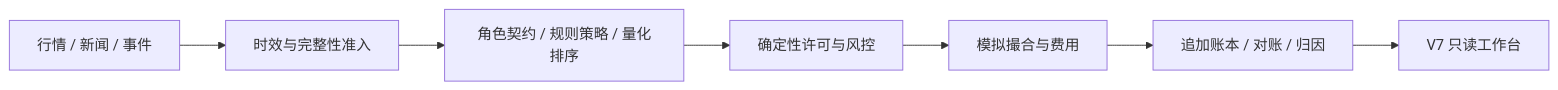
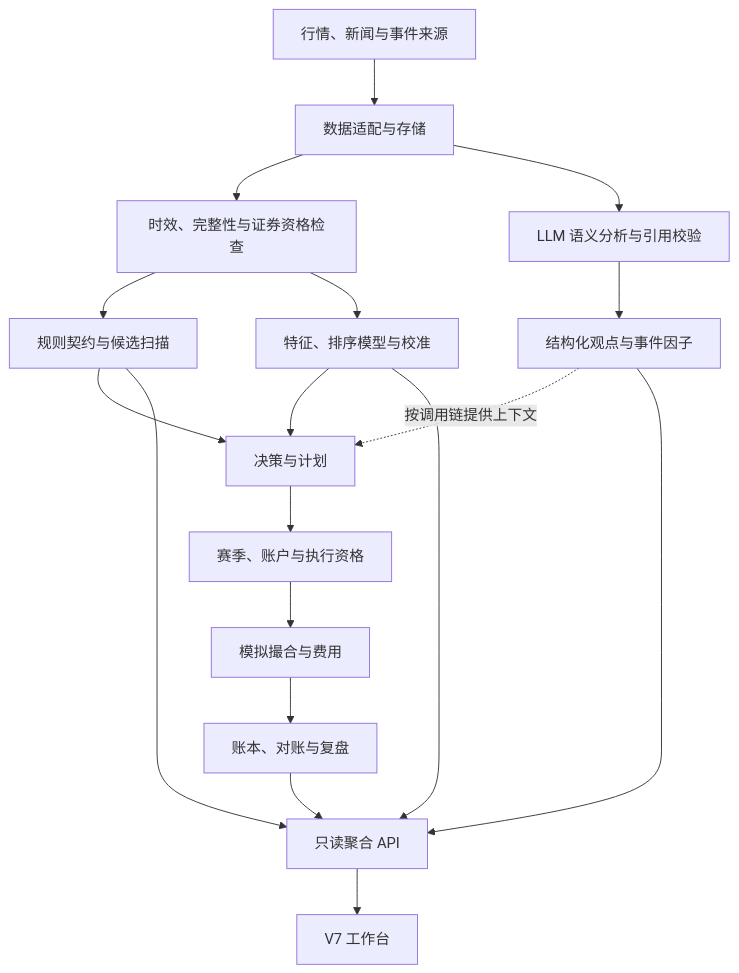
One commit to kostemeloo413-ux/v7-investment-workbench changed the diagram in docs/ARCHITECTURE.md. Above: the diagram before and after it, drawn with Mermaid. The commit also changed other lines of this file and 10 other files, not shown here.

Commit message:
docs: document system architecture, interfaces and validation

````diff
--- a/docs/ARCHITECTURE.md
+++ b/docs/ARCHITECTURE.md
@@ -3,9 +11,20 @@
 ```mermaid
-flowchart LR
-  A[行情 / 新闻 / 事件] --> B[时效与完整性准入]
-  B --> C[角色契约 / 规则策略 / 量化排序]
-  C --> D[确定性许可与风控]
-  D --> E[模拟撮合与费用]
-  E --> F[追加账本 / 对账 / 归因]
-  F --> G[V7 只读工作台]
+flowchart TB
+  S[行情、新闻与事件来源] --> D[数据适配与存储]
+  D --> Q[时效、完整性与证券资格检查]
+  D --> N[LLM 语义分析与引用校验]
+  Q --> R[规则契约与候选扫描]
+  Q --> M[特征、排序模型与校准]
+  N --> V[结构化观点与事件因子]
+  R --> P[决策与计划]
+  M --> P
+  V -. 按调用链提供上下文 .-> P
+  P --> G[赛季、账户与执行资格]
+  G --> E[模拟撮合与费用]
+  E --> L[账本、对账与复盘]
+  V --> A[只读聚合 API]
+  R --> A
+  M --> A
+  L --> A
+  A --> W[V7 工作台]
 ```
````
